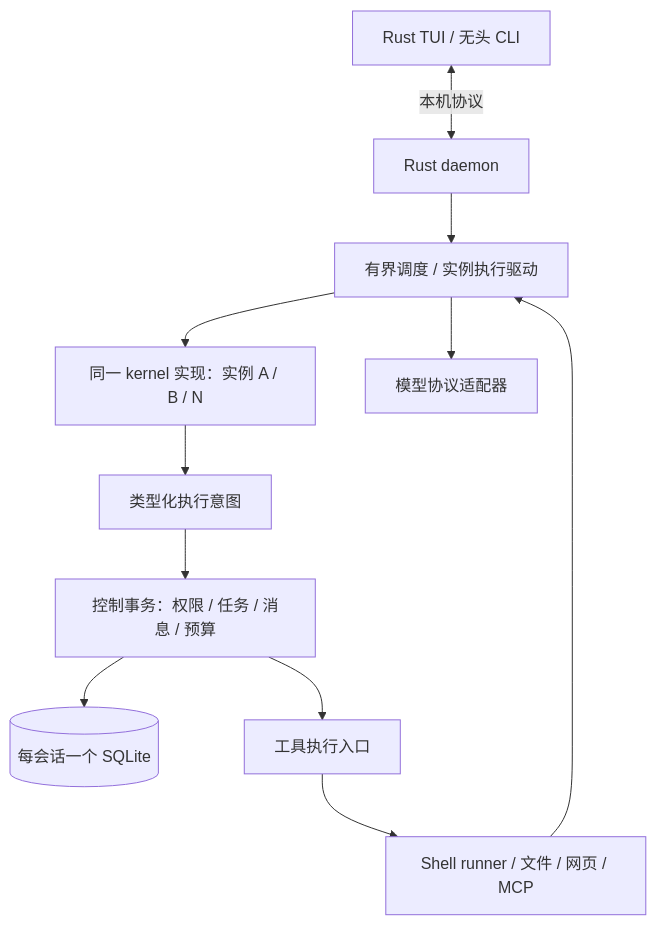
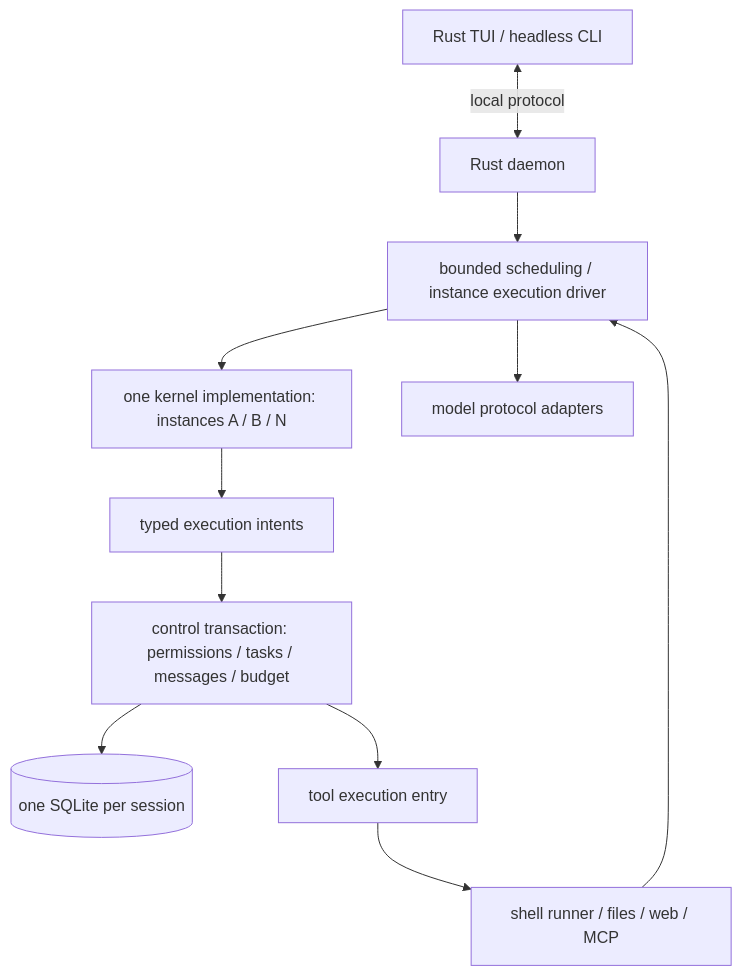
One commit to seek-hope/TeamAgents changed the diagram in docs/DESIGN.md. Above: the diagram before and after it, drawn with Mermaid. The commit also changed other lines of this file and 3 other files, not shown here.

````diff
--- a/docs/DESIGN.md
+++ b/docs/DESIGN.md
@@ -60,13 +76,13 @@
 ```mermaid
 flowchart TB
-    UI["Rust TUI / 无头 CLI"] <-->|"本机协议"| D["Rust daemon"]
-    D --> E["有界调度 / 实例执行驱动"]
-    E --> K["同一 kernel 实现：实例 A / B / N"]
-    K --> I["类型化执行意图"]
-    I --> C["控制事务：权限 / 任务 / 消息 / 预算"]
-    C --> DB[("每会话一个 SQLite")]
-    E --> P["模型协议适配器"]
-    C --> X["工具执行入口"]
-    X --> J["Shell runner / 文件 / 网页 / MCP"]
+    UI["Rust TUI / headless CLI"] <-->|"local protocol"| D["Rust daemon"]
+    D --> E["bounded scheduling / instance execution driver"]
+    E --> K["one kernel implementation: instances A / B / N"]
+    K --> I["typed execution intents"]
+    I --> C["control transaction: permissions / tasks / messages / budget"]
+    C --> DB[("one SQLite per session")]
+    E --> P["model protocol adapters"]
+    C --> X["tool execution entry"]
+    X --> J["shell runner / files / web / MCP"]
     J --> E
 ```
````
